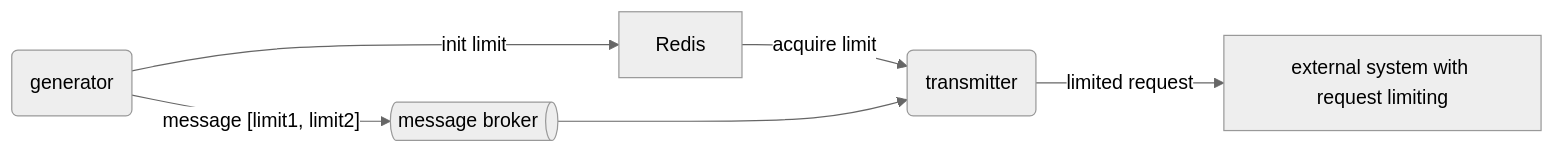
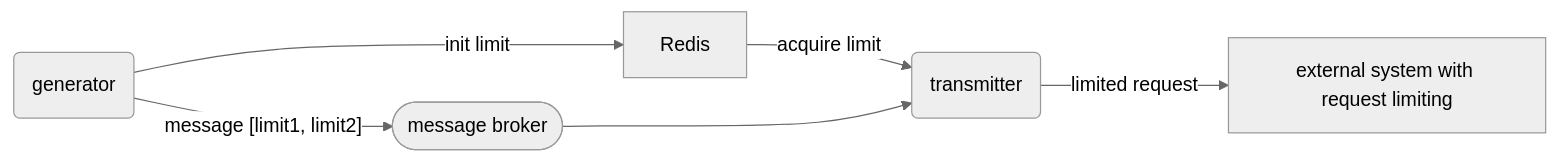
One commit to RND-SOFT/Rapidity changed the diagram in README.md. Above: the diagram before and after it, drawn with Mermaid (neutral theme).

Commit message:
mermaid fix

````diff
--- a/README.md
+++ b/README.md
@@ -85,13 +85,13 @@
 ```mermaid
 flowchart LR
     G(generator)
     B[Redis]
-    A@{ shape: h-cyl, label: "message broker" }
+    A(["message broker"])
     T(transmitter)
     E["external system with request limiting"]
     G-- init limit -->B
     B-- acquire limit -->T
     G-- message [limit1, limit2] -->A
     A--->T
     T-- limited request -->E
 ```
````
